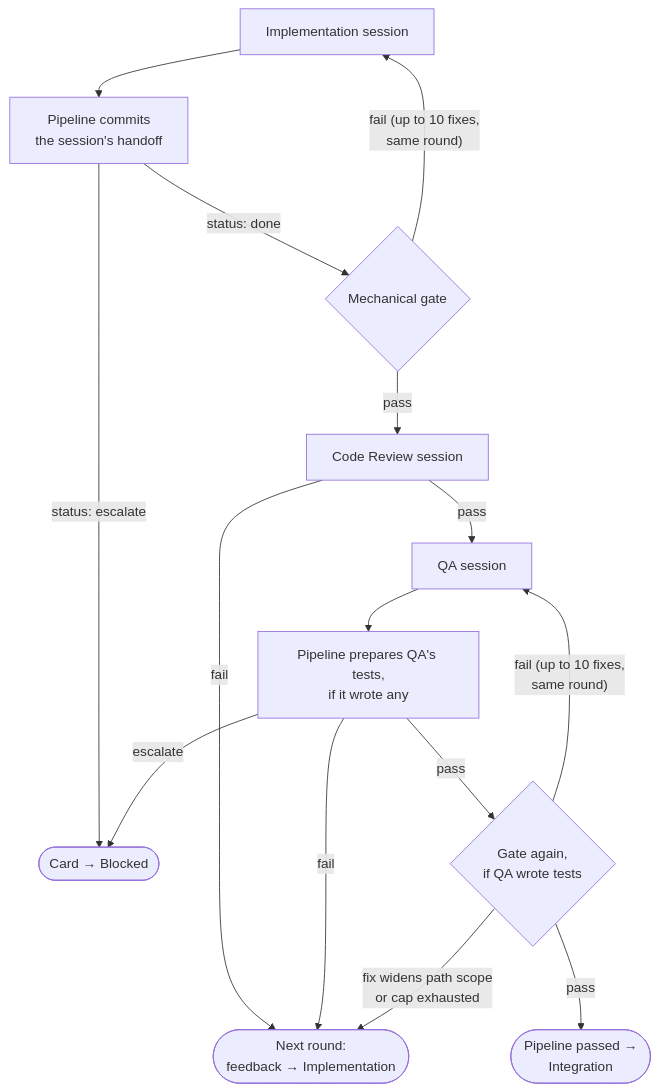
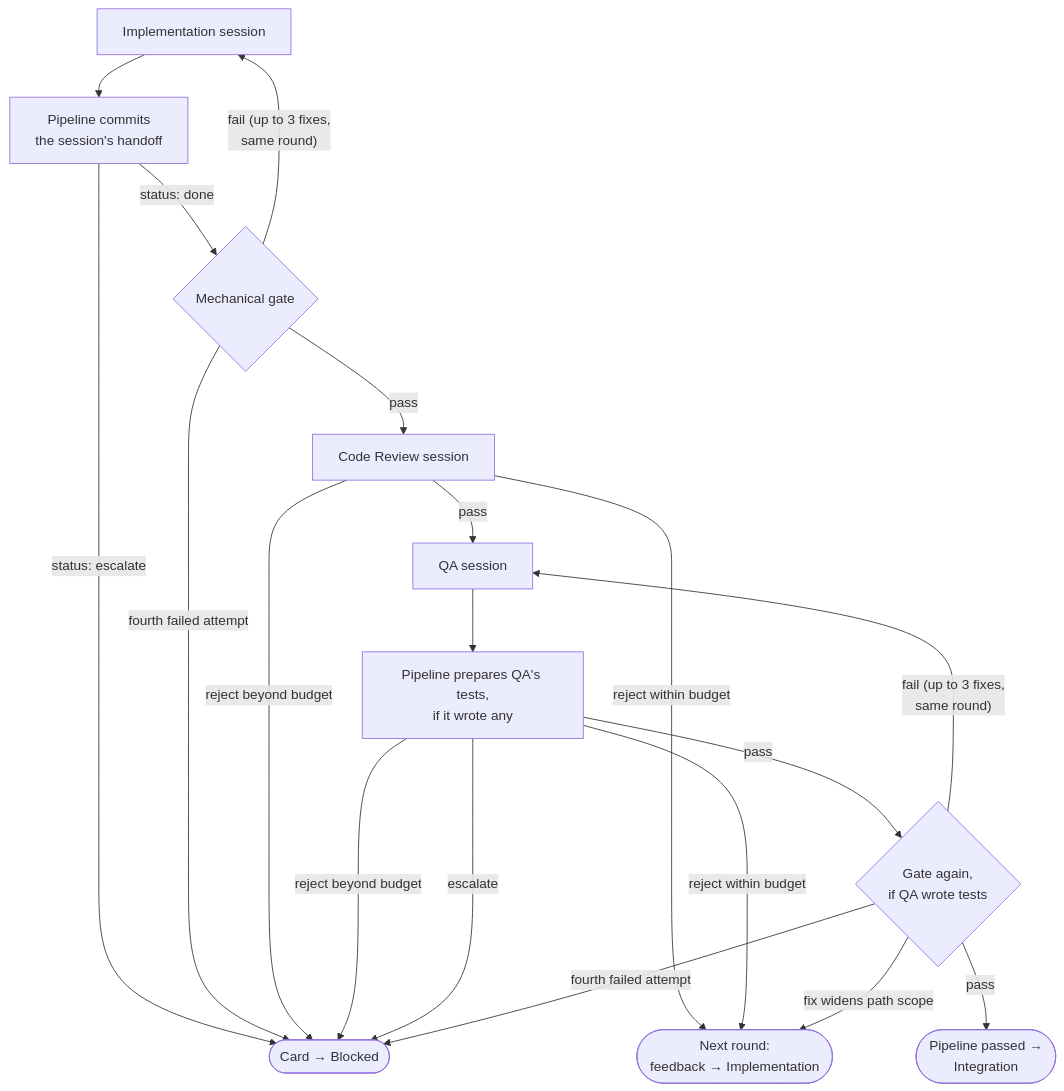
Before and after one commit to rdaruszka/jfdi: the diagram in docs/guide/pipeline.md, drawn with Mermaid. The commit also changed other lines of this file and 25 other files, not shown here.

````diff
--- a/docs/guide/pipeline.md
+++ b/docs/guide/pipeline.md
@@ -18,17 +20,21 @@
 ```mermaid
 flowchart TD
     IMPL[Implementation session] --> CHK[Pipeline commits<br/>the session's handoff]
     CHK -->|status: done| GATE{Mechanical gate}
     CHK -->|status: escalate| BLOCKED([Card → Blocked])
-    GATE -->|"fail (up to 10 fixes,<br/>same round)"| IMPL
+    GATE -->|"fail (up to 3 fixes,<br/>same round)"| IMPL
+    GATE -->|"fourth failed attempt"| BLOCKED
     GATE -->|pass| CR[Code Review session]
-    CR -->|fail| RETRY([Next round:<br/>feedback → Implementation])
+    CR -->|"reject within budget"| RETRY([Next round:<br/>feedback → Implementation])
+    CR -->|"reject beyond budget"| BLOCKED
     CR -->|pass| QA[QA session]
     QA --> QAHANDOFF[Pipeline prepares QA's tests,<br/>if it wrote any]
-    QAHANDOFF -->|fail| RETRY
+    QAHANDOFF -->|"reject within budget"| RETRY
+    QAHANDOFF -->|"reject beyond budget"| BLOCKED
     QAHANDOFF -->|escalate| BLOCKED
     QAHANDOFF -->|pass| GATE2{Gate again,<br/>if QA wrote tests}
-    GATE2 -->|"fail (up to 10 fixes,<br/>same round)"| QA
-    GATE2 -->|"fix widens path scope<br/>or cap exhausted"| RETRY
+    GATE2 -->|"fail (up to 3 fixes,<br/>same round)"| QA
+    GATE2 -->|"fix widens path scope"| RETRY
+    GATE2 -->|"fourth failed attempt"| BLOCKED
     GATE2 -->|pass| PASSED([Pipeline passed →<br/>Integration])
 ```
````
